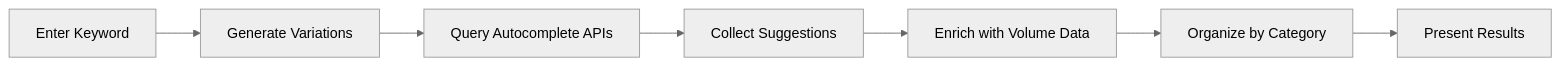
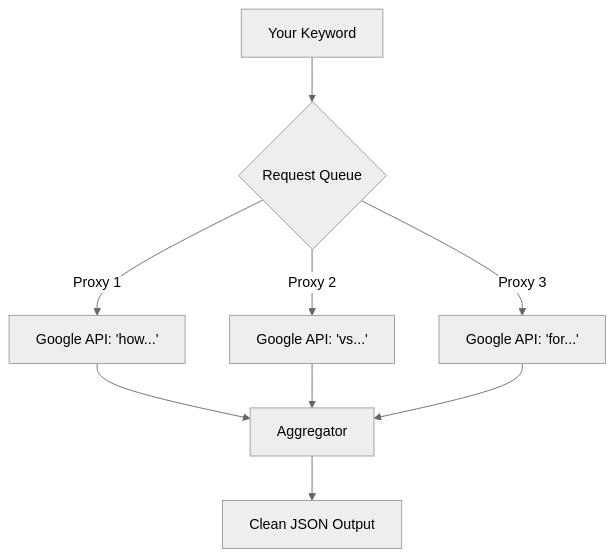
One commit to dougwithseismic/docs changed the diagram in apify-actors/answer-the-public/articles/how-answer-the-public-works.mdx. Above: the diagram before and after it, drawn with Mermaid (neutral theme). The commit also changed other lines of this file and 17 other files, not shown here.

````diff
--- a/apify-actors/answer-the-public/articles/how-answer-the-public-works.mdx
+++ b/apify-actors/answer-the-public/articles/how-answer-the-public-works.mdx
@@ -257,9 +60,11 @@
 ```mermaid
-graph LR
-    A[Enter Keyword] --> B[Generate Variations]
-    B --> C[Query Autocomplete APIs]
-    C --> D[Collect Suggestions]
-    D --> E[Enrich with Volume Data]
-    E --> F[Organize by Category]
-    F --> G[Present Results]
+graph TD
+    A[Your Keyword] --> B{Request Queue}
+    B -->|Proxy 1| C[Google API: 'how...']
+    B -->|Proxy 2| D[Google API: 'vs...']
+    B -->|Proxy 3| E[Google API: 'for...']
+    C --> F[Aggregator]
+    D --> F
+    E --> F
+    F --> G[Clean JSON Output]
 ```
````
